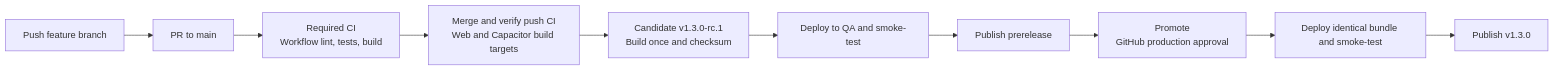
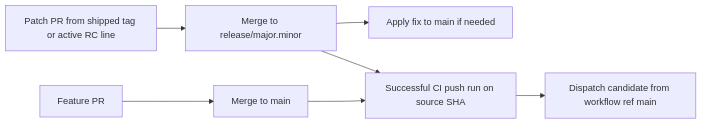
One commit to rahshin/timeandate changed the first of 2 diagrams in docs/ci-cd.md. Above: the diagram before and after it, drawn with Mermaid. The commit also changed other lines of this file and 24 other files, not shown here.

Commit message:
Refresh architecture and release documentation

````diff
--- a/docs/ci-cd.md
+++ b/docs/ci-cd.md
@@ -5,12 +17,9 @@
 ```mermaid
 flowchart LR
-  A["Push feature branch"] --> B["PR to main"]
-  B --> C["Required CI<br />Workflow lint, tests, build"]
-  C --> D["Merge and verify push CI<br />Web and Capacitor build targets"]
-  D --> E["Candidate v1.3.0-rc.1<br />Build once and checksum"]
-  E --> F["Deploy to QA and smoke-test"]
-  F --> G["Publish prerelease"]
-  G --> H["Promote<br />GitHub production approval"]
-  H --> I["Deploy identical bundle and smoke-test"]
-  I --> J["Publish v1.3.0"]
+  A["Feature PR"] --> B["Merge to main"]
+  C["Patch PR from shipped tag or active RC line"] --> D["Merge to release/major.minor"]
+  D --> E["Apply fix to main if needed"]
+  B --> F["Successful CI push run on source SHA"]
+  D --> F
+  F --> G["Dispatch candidate from workflow ref main"]
 ```
````
